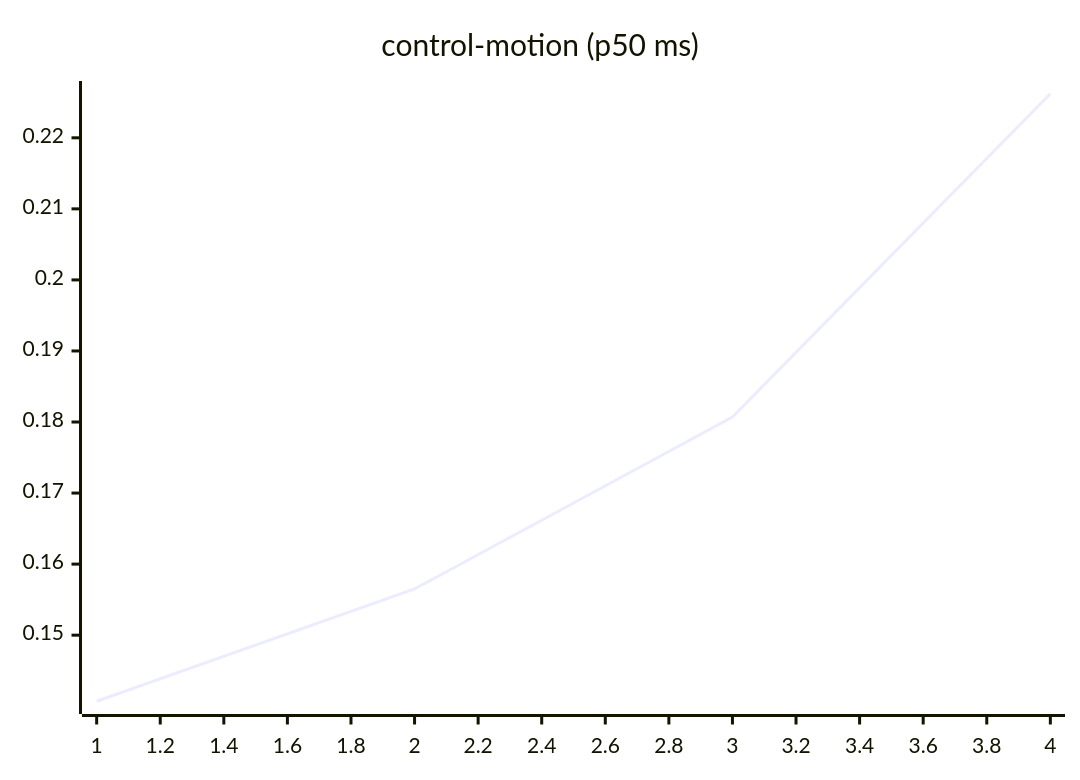
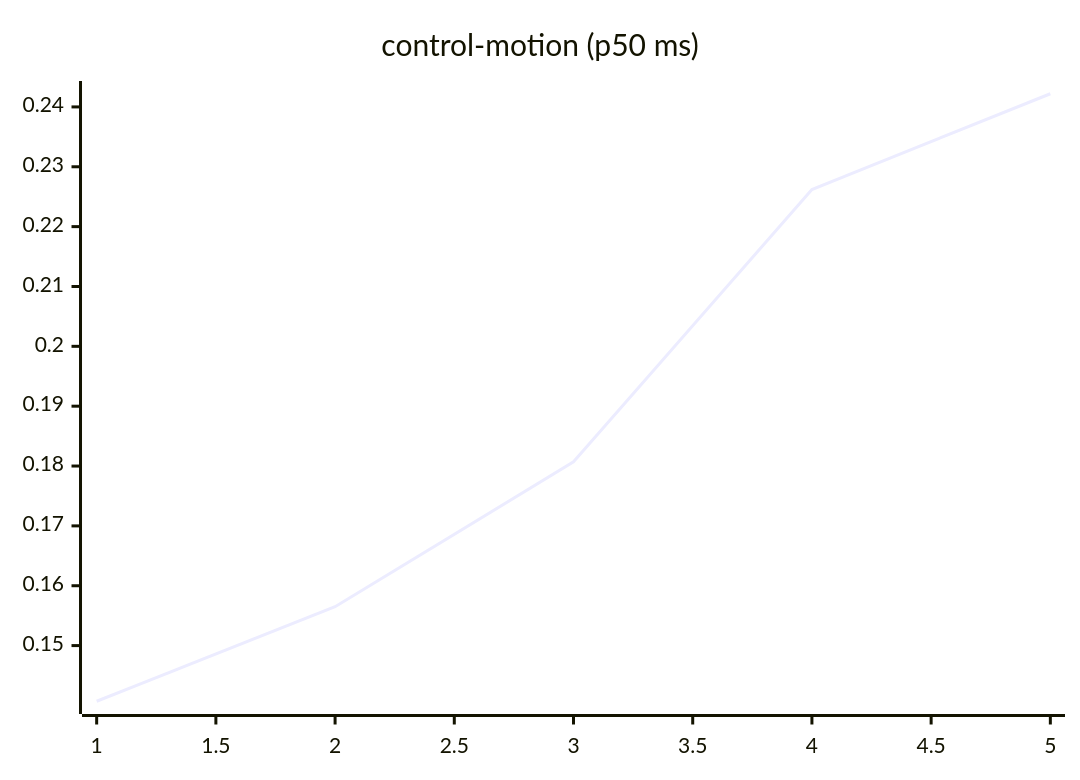
The seventh of 27 diagrams in README.md (josha/Facet), drawn with Mermaid before and after one commit. The commit also changed other lines of this file and 2 other files, not shown here.

````diff
--- a/README.md
+++ b/README.md
@@ -105,6 +105,6 @@
 ```mermaid
 xychart-beta
     title "control-motion (p50 ms)"
-    x-axis 1 --> 4
-    line [0.1407, 0.1565, 0.1807, 0.2262]
+    x-axis 1 --> 5
+    line [0.1407, 0.1565, 0.1807, 0.2262, 0.2422]
 ```
````
